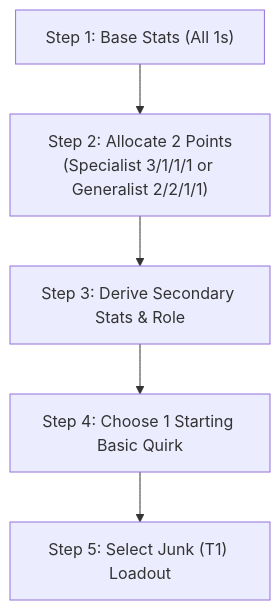
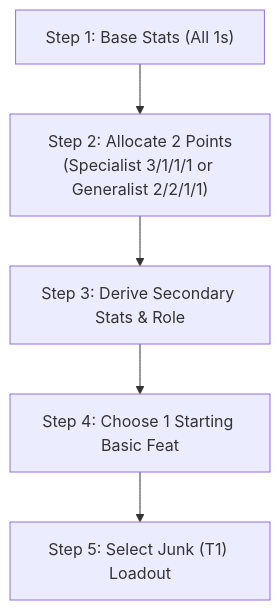
The second of 2 diagrams in 02_PROD_Core_Rules/02_Boss_Profile_and_Gang.md (antedev/gobbos), drawn with Mermaid before and after one commit. The commit also changed other lines of this file and 46 other files, not shown here.

````diff
--- a/02_PROD_Core_Rules/02_Boss_Profile_and_Gang.md
+++ b/02_PROD_Core_Rules/02_Boss_Profile_and_Gang.md
@@ -153,7 +153,7 @@
 ```mermaid
 flowchart TD
     S1["Step 1: Base Stats (All 1s)"] --> S2["Step 2: Allocate 2 Points<br>(Specialist 3/1/1/1 or Generalist 2/2/1/1)"]
     S2 --> S3["Step 3: Derive Secondary Stats & Role"]
-    S3 --> S4["Step 4: Choose 1 Starting Basic Quirk"]
+    S3 --> S4["Step 4: Choose 1 Starting Basic Feat"]
     S4 --> S5["Step 5: Select Junk (T1) Loadout"]
 ```
````
